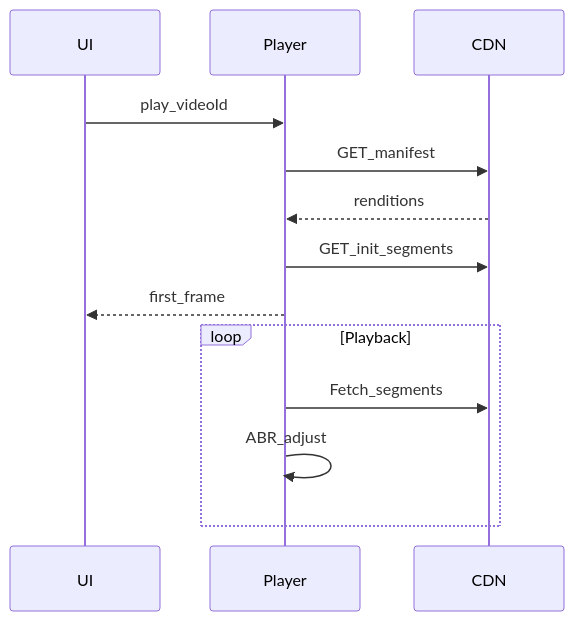
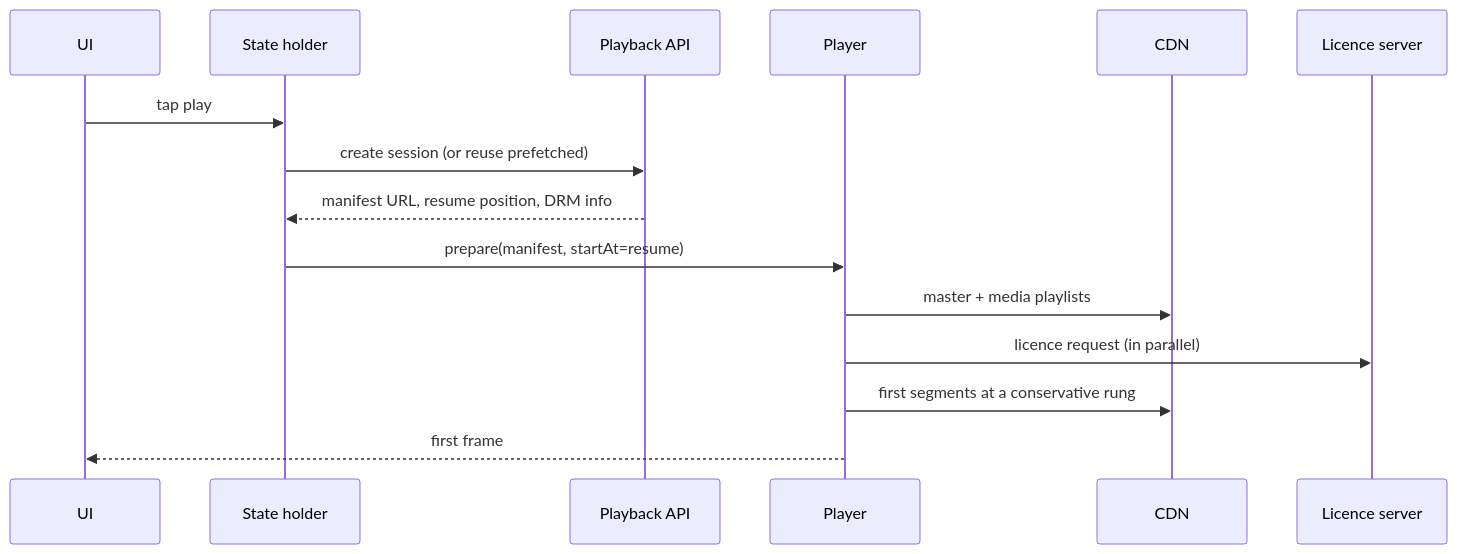
Before and after one commit to yadavsandeep24/san_system_design: the second of 2 diagrams in book/part-3-consumer-apps/21-video-player.md, drawn with Mermaid. The commit also changed other lines of this file, not shown here.

Commit message:
Rewrite Ch 21 video player in depth

````diff
--- a/book/part-3-consumer-apps/21-video-player.md
+++ b/book/part-3-consumer-apps/21-video-player.md
@@ -58,15 +121,17 @@
 ```mermaid
 sequenceDiagram
   participant UI
-  participant Eng as Player
+  participant VM as State holder
+  participant API as Playback API
+  participant P as Player
   participant CDN
-  UI->>Eng: play_videoId
-  Eng->>CDN: GET_manifest
-  CDN-->>Eng: renditions
-  Eng->>CDN: GET_init_segments
-  Eng-->>UI: first_frame
-  loop Playback
-    Eng->>CDN: Fetch_segments
-    Eng->>Eng: ABR_adjust
-  end
+  participant L as Licence server
+  UI->>VM: tap play
+  VM->>API: create session (or reuse prefetched)
+  API-->>VM: manifest URL, resume position, DRM info
+  VM->>P: prepare(manifest, startAt=resume)
+  P->>CDN: master + media playlists
+  P->>L: licence request (in parallel)
+  P->>CDN: first segments at a conservative rung
+  P-->>UI: first frame
 ```
````
